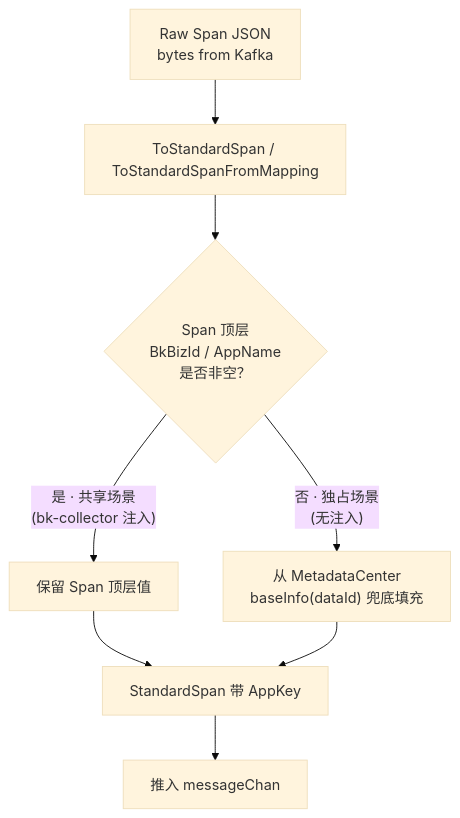
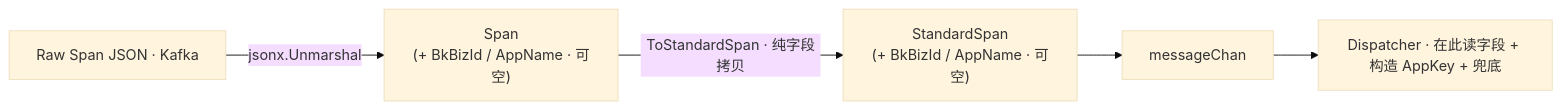
The third of 5 diagrams in knowledge/bkmonitor/issues/2026-05-14-apm-precalc-shared-multi-app/PLAN.md (ZhuoZhuoCrayon/ai-workspace), drawn with Mermaid (base theme) before and after one commit. The commit also changed other lines of this file, not shown here.

````diff
--- a/knowledge/bkmonitor/issues/2026-05-14-apm-precalc-shared-multi-app/PLAN.md
+++ b/knowledge/bkmonitor/issues/2026-05-14-apm-precalc-shared-multi-app/PLAN.md
@@ -164,12 +163,10 @@
 ```mermaid
-flowchart TB
-    Raw["Raw Span JSON<br/>bytes from Kafka"]
-    Parse["ToStandardSpan / ToStandardSpanFromMapping"]
-    Raw --> Parse
-    Parse --> Check{"Span 顶层<br/>BkBizId / AppName<br/>是否非空？"}
-    Check -->|"是 · 共享场景<br/>(bk-collector 注入)"| Use["保留 Span 顶层值"]
-    Check -->|"否 · 独占场景<br/>(无注入)"| Fb["从 MetadataCenter<br/>baseInfo(dataId) 兜底填充"]
-    Use --> Std["StandardSpan 带 AppKey"]
-    Fb --> Std
-    Std --> Out["推入 messageChan"]
+flowchart LR
+    Raw["Raw Span JSON · Kafka"]
+    Span["Span<br/>(+ BkBizId / AppName · 可空)"]
+    Std["StandardSpan<br/>(+ BkBizId / AppName · 可空)"]
+    Raw -->|"jsonx.Unmarshal"| Span
+    Span -->|"ToStandardSpan · 纯字段拷贝"| Std
+    Std --> MC[messageChan]
+    MC --> DSP["Dispatcher · 在此读字段 + 构造 AppKey + 兜底"]
 ```
````
